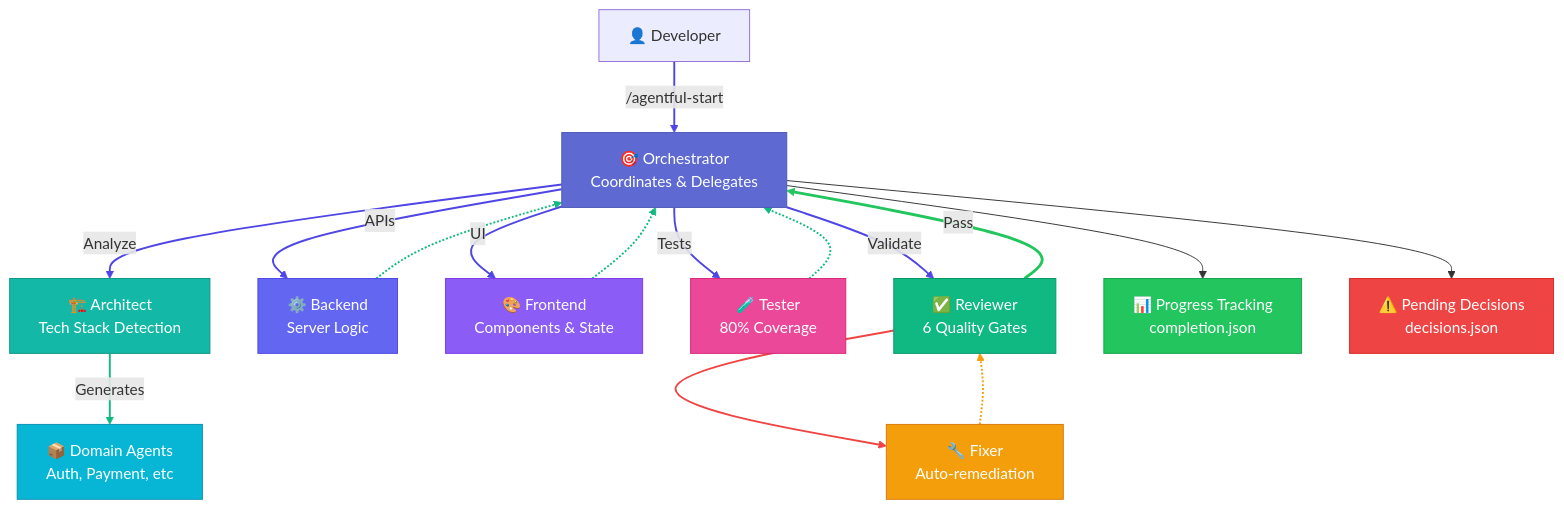
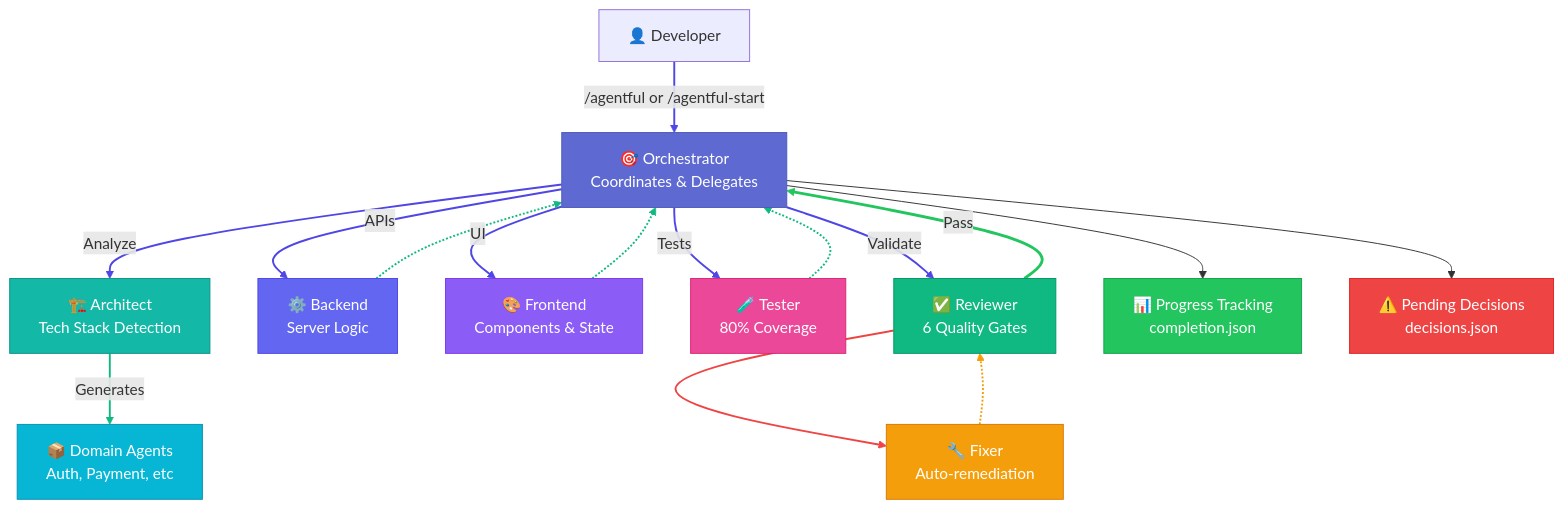
One commit to itz4blitz/agentful changed the first of 3 diagrams in docs/pages/getting-started/overview.mdx. Above: the diagram before and after it, drawn with Mermaid. The commit also changed other lines of this file and 378 other files, not shown here.

Commit message:
Add hooks to prevent issues where user's repositories are mistaken for agentful creators repo. Add enforcement of MCP server and configure agentful to install MCP automatically on initialization. Update documentation.

````diff
--- a/docs/pages/getting-started/overview.mdx
+++ b/docs/pages/getting-started/overview.mdx
@@ -107,40 +107,40 @@
 ```mermaid
 graph TD
-    User["👤 Developer"] -->|/agentful-start| Orchestrator["🎯 Orchestrator<br/>Coordinates & Delegates"]
+    User["👤 Developer"] -->|/agentful or /agentful-start| Orchestrator["🎯 Orchestrator<br/>Coordinates & Delegates"]
 
     Orchestrator -->|Analyze| Architect["🏗️ Architect<br/>Tech Stack Detection"]
     Orchestrator -->|APIs| Backend["⚙️ Backend<br/>Server Logic"]
     Orchestrator -->|UI| Frontend["🎨 Frontend<br/>Components & State"]
     Orchestrator -->|Tests| Tester["🧪 Tester<br/>80% Coverage"]
     Orchestrator -->|Validate| Reviewer["✅ Reviewer<br/>6 Quality Gates"]
 
     Architect -->|Generates| Domain["📦 Domain Agents<br/>Auth, Payment, etc"]
 
     Backend -.-> Orchestrator
     Frontend -.-> Orchestrator
     Tester -.-> Orchestrator
 
     Reviewer -->|Pass| Orchestrator
     Reviewer --> Fixer["🔧 Fixer<br/>Auto-remediation"]
     Fixer -.-> Reviewer
 
     Orchestrator --> Progress["📊 Progress Tracking<br/>completion.json"]
     Orchestrator --> Decisions["⚠️ Pending Decisions<br/>decisions.json"]
 
     style Orchestrator fill:#5e6ad2,stroke:#4c5ab8,color:#fff
     style Backend fill:#6366f1,stroke:#4f46e5,color:#fff
     style Frontend fill:#8b5cf6,stroke:#7c3aed,color:#fff
     style Tester fill:#ec4899,stroke:#db2777,color:#fff
     style Reviewer fill:#10b981,stroke:#059669,color:#fff
     style Fixer fill:#f59e0b,stroke:#d97706,color:#fff
     style Architect fill:#14b8a6,stroke:#0d9488,color:#fff
     style Domain fill:#06b6d4,stroke:#0891b2,color:#fff
     style Progress fill:#22c55e,stroke:#16a34a,color:#fff
     style Decisions fill:#ef4444,stroke:#dc2626,color:#fff
 
     linkStyle 0,1,2,3,4,5 stroke:#4f46e5,stroke-width:2px
     linkStyle 6,7,8,9 stroke:#10b981,stroke-width:2px
     linkStyle 10 stroke:#22c55e,stroke-width:3px
     linkStyle 11 stroke:#ef4444,stroke-width:2px
     linkStyle 12 stroke:#f59e0b,stroke-width:2px
 ```
````
